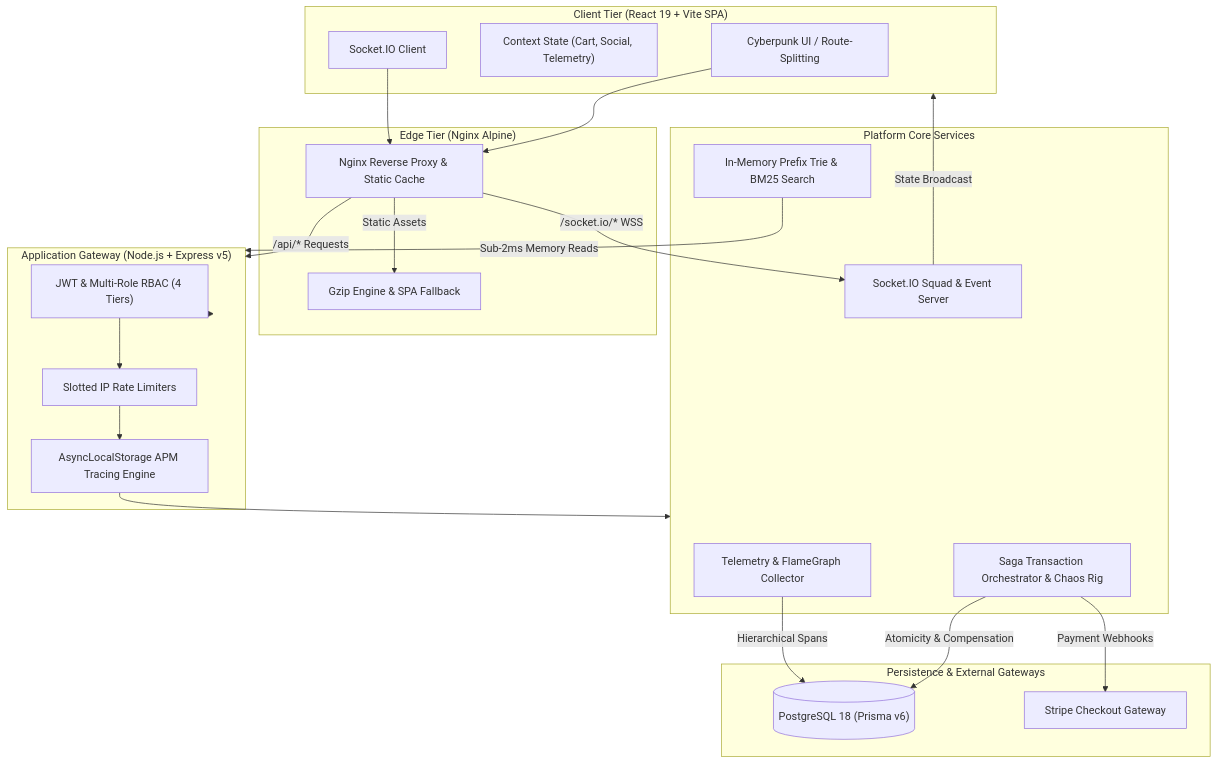
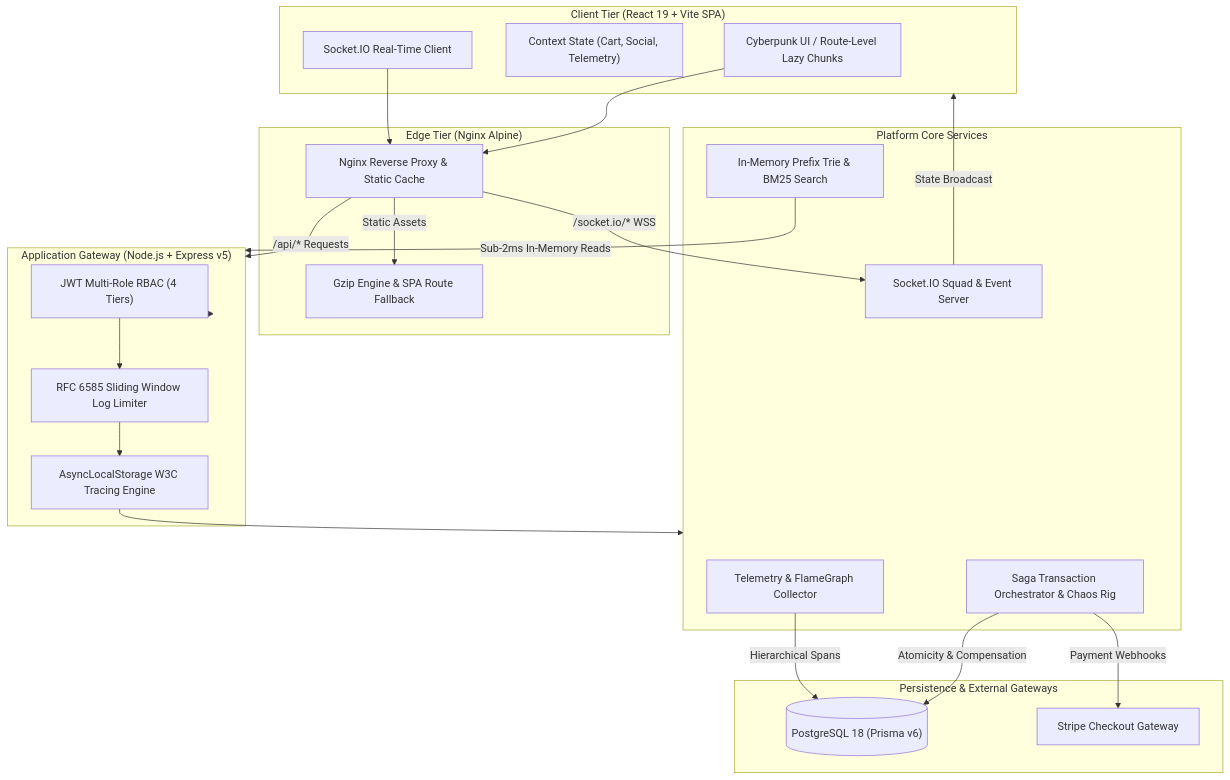
One commit to martand-codes/GameStation changed the diagram in README.md. Above: the diagram before and after it, drawn with Mermaid. The commit also changed other lines of this file, not shown here.

````diff
--- a/README.md
+++ b/README.md
@@ -46,48 +45,48 @@
 ```mermaid
 flowchart TD
     subgraph Client ["Client Tier (React 19 + Vite SPA)"]
-        UI["Cyberpunk UI / Route-Splitting"]
+        UI["Cyberpunk UI / Route-Level Lazy Chunks"]
         State["Context State (Cart, Social, Telemetry)"]
-        WS_Client["Socket.IO Client"]
+        WS_Client["Socket.IO Real-Time Client"]
     end
 
     subgraph Edge ["Edge Tier (Nginx Alpine)"]
         Proxy["Nginx Reverse Proxy & Static Cache"]
-        Gzip["Gzip Engine & SPA Fallback"]
+        Gzip["Gzip Engine & SPA Route Fallback"]
     end
 
     subgraph Gateway ["Application Gateway (Node.js + Express v5)"]
-        Auth["JWT & Multi-Role RBAC (4 Tiers)"]
-        RateLimit["Slotted IP Rate Limiters"]
-        APM["AsyncLocalStorage APM Tracing Engine"]
+        Auth["JWT Multi-Role RBAC (4 Tiers)"]
+        RateLimit["RFC 6585 Sliding Window Log Limiter"]
+        APM["AsyncLocalStorage W3C Tracing Engine"]
     end
 
     subgraph Core ["Platform Core Services"]
         Saga["Saga Transaction Orchestrator & Chaos Rig"]
         Trie["In-Memory Prefix Trie & BM25 Search"]
         WS_Server["Socket.IO Squad & Event Server"]
         TelemetrySvc["Telemetry & FlameGraph Collector"]
     end
 
     subgraph Persistence ["Persistence & External Gateways"]
         PG[("PostgreSQL 18 (Prisma v6)")]
         Stripe["Stripe Checkout Gateway"]
     end
 
     UI --> Proxy
     WS_Client --> Proxy
     Proxy -->|Static Assets| Gzip
     Proxy -->|/api/* Requests| Gateway
     Proxy -->|/socket.io/* WSS| WS_Server
 
     Gateway --> Auth
     Auth --> RateLimit
     RateLimit --> APM
     APM --> Core
 
     Saga -->|Atomicity & Compensation| PG
     Saga -->|Payment Webhooks| Stripe
-    Trie -->|Sub-2ms Memory Reads| Gateway
+    Trie -->|Sub-2ms In-Memory Reads| Gateway
     WS_Server -->|State Broadcast| Client
     TelemetrySvc -->|Hierarchical Spans| PG
 ```
````
